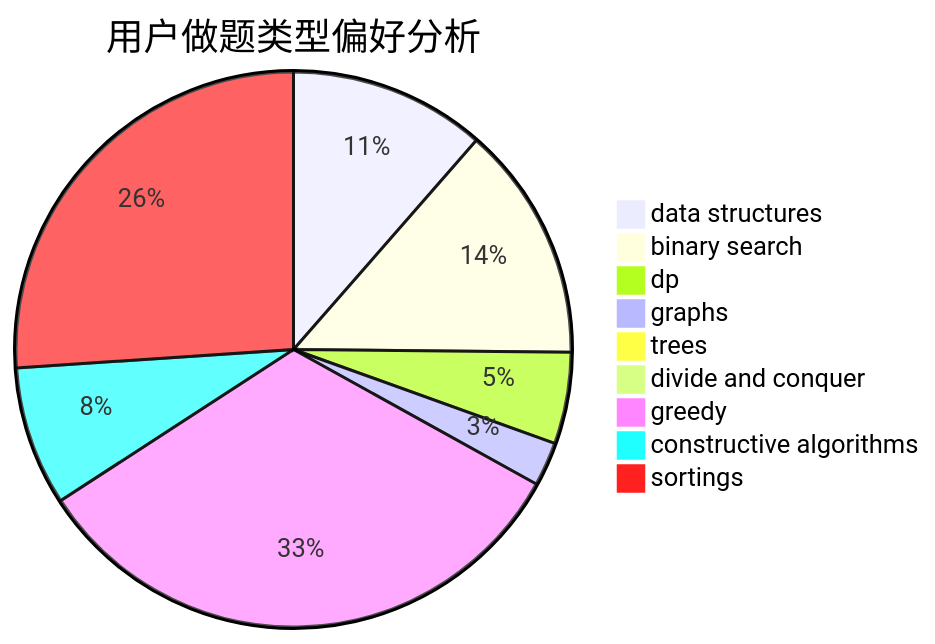
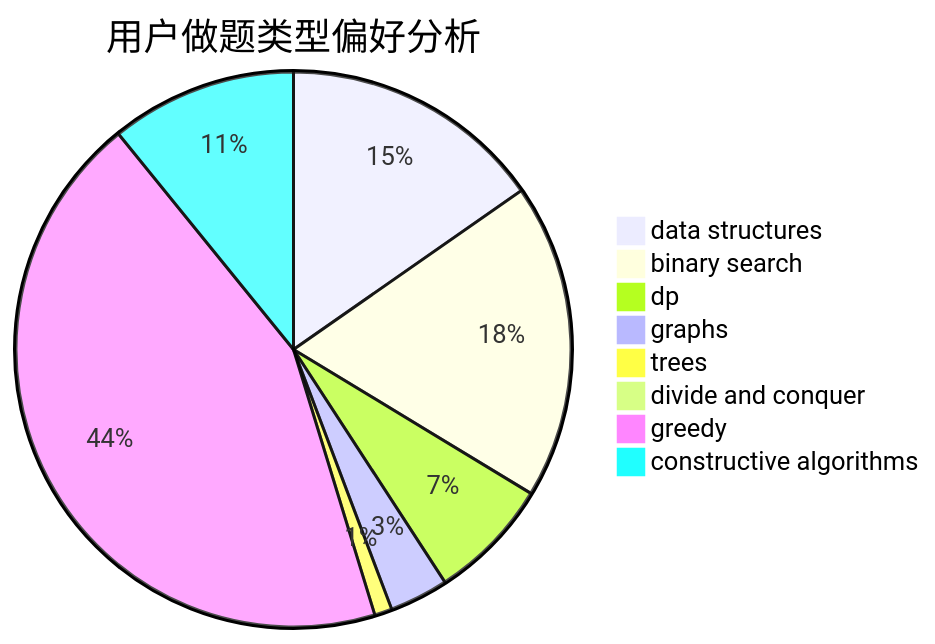
One commit to sherpahu/cfrs.github.io changed the second of 3 diagrams in docs/user/u213.md. Above: the diagram before and after it, drawn with Mermaid. The commit also changed other lines of this file and 2769 other files, not shown here.

````diff
--- a/docs/user/u213.md
+++ b/docs/user/u213.md
@@ -18,12 +18,11 @@
 ```mermaid
 pie title 用户做题类型偏好分析
     "data structures" :  165
     "binary search" :  198
     "dp" :  77
     "graphs" :  37
     "trees" :  11
     "divide and conquer" :  0
     "greedy" :  473
     "constructive algorithms" :  117
-    "sortings" :  376
 ```
````
